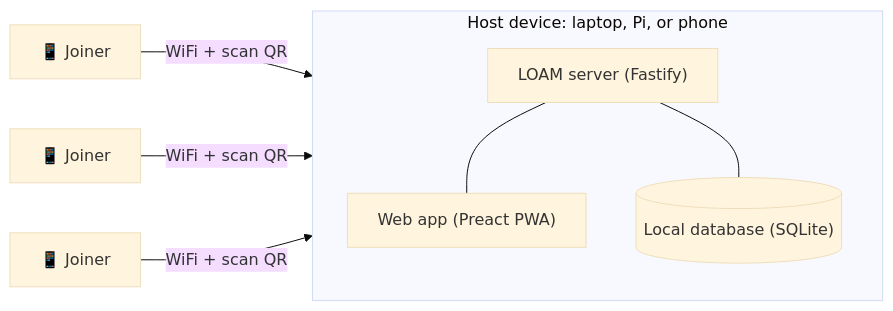
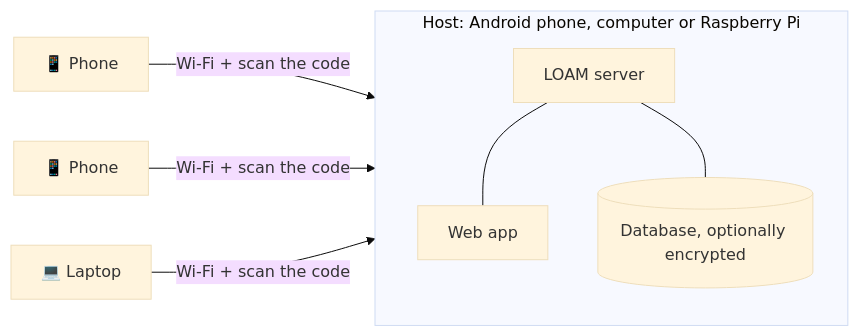
Before and after one commit to JosephMaynard/loam: the diagram in README.md, drawn with Mermaid (base theme). The commit also changed other lines of this file and 43 other files, not shown here.

````diff
--- a/README.md
+++ b/README.md
@@ -176,17 +170,11 @@
 ```mermaid
 flowchart LR
-    P1["📱 Joiner"]
-    P2["📱 Joiner"]
-    P3["📱 Joiner"]
-    subgraph Host["Host device: laptop, Pi, or phone"]
+    P1["📱 Phone"] -->|"Wi-Fi + scan the code"| Host
+    P2["📱 Phone"] -->|"Wi-Fi + scan the code"| Host
+    P3["💻 Laptop"] -->|"Wi-Fi + scan the code"| Host
+    subgraph Host["Host: Android phone, computer or Raspberry Pi"]
         direction TB
-        S["LOAM server (Fastify)"]
-        C["Web app (Preact PWA)"]
-        DB[("Local database (SQLite)")]
-        S --- C
-        S --- DB
+        S["LOAM server"] --- C["Web app"]
+        S --- DB[("Database, optionally encrypted")]
     end
-    P1 -->|"WiFi + scan QR"| Host
-    P2 -->|"WiFi + scan QR"| Host
-    P3 -->|"WiFi + scan QR"| Host
 ```
````
